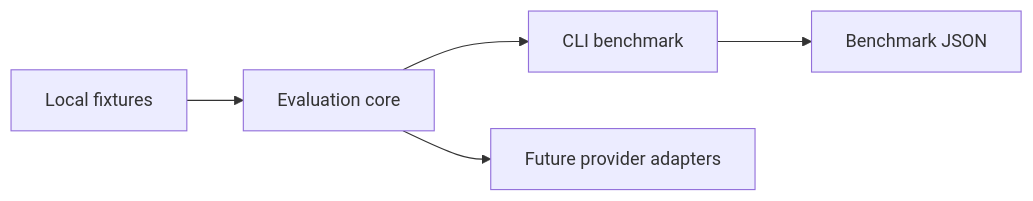
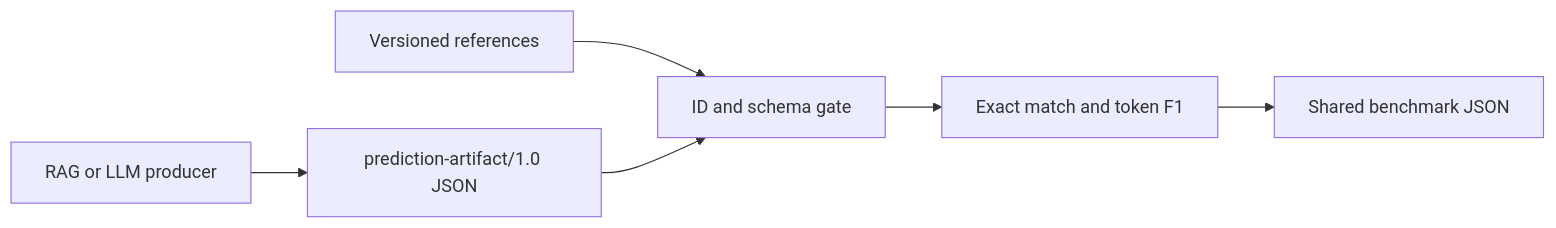
The diagram in README.md (Brilhante29/llm-eval-harness), drawn with Mermaid before and after one commit. The commit also changed other lines of this file and 49 other files, not shown here.

````diff
--- a/README.md
+++ b/README.md
@@ -13,7 +15,8 @@
 ```mermaid
 flowchart LR
-  Fixtures["Local fixtures"] --> Core["Evaluation core"]
-  Core --> CLI["CLI benchmark"]
-  CLI --> Result["Benchmark JSON"]
-  Core --> Future["Future provider adapters"]
+  RAG["RAG or LLM producer"] --> Artifact["prediction-artifact/1.0 JSON"]
+  References["Versioned references"] --> Gate["ID and schema gate"]
+  Artifact --> Gate
+  Gate --> Metrics["Exact match and token F1"]
+  Metrics --> Result["Shared benchmark JSON"]
 ```
````
